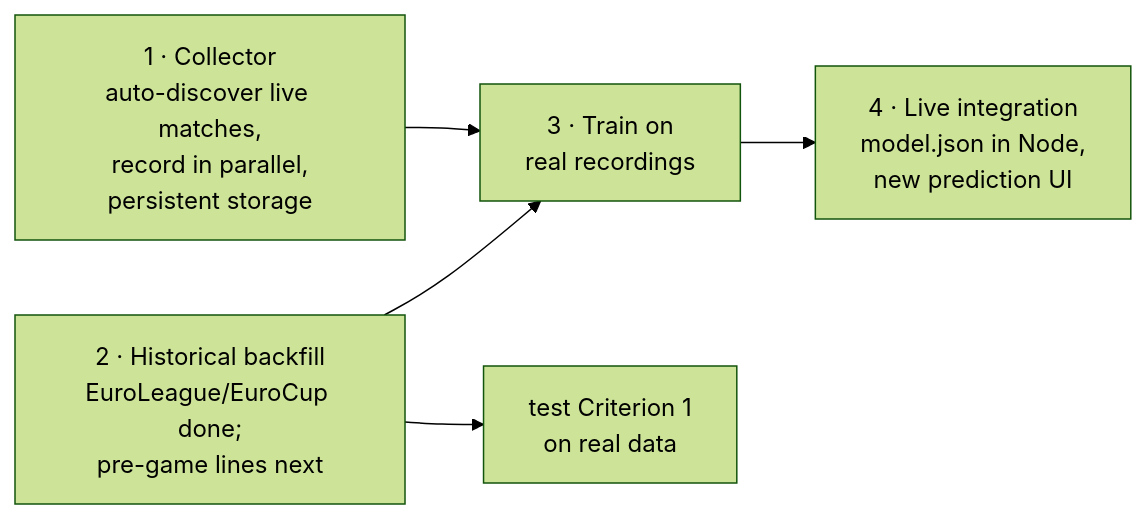
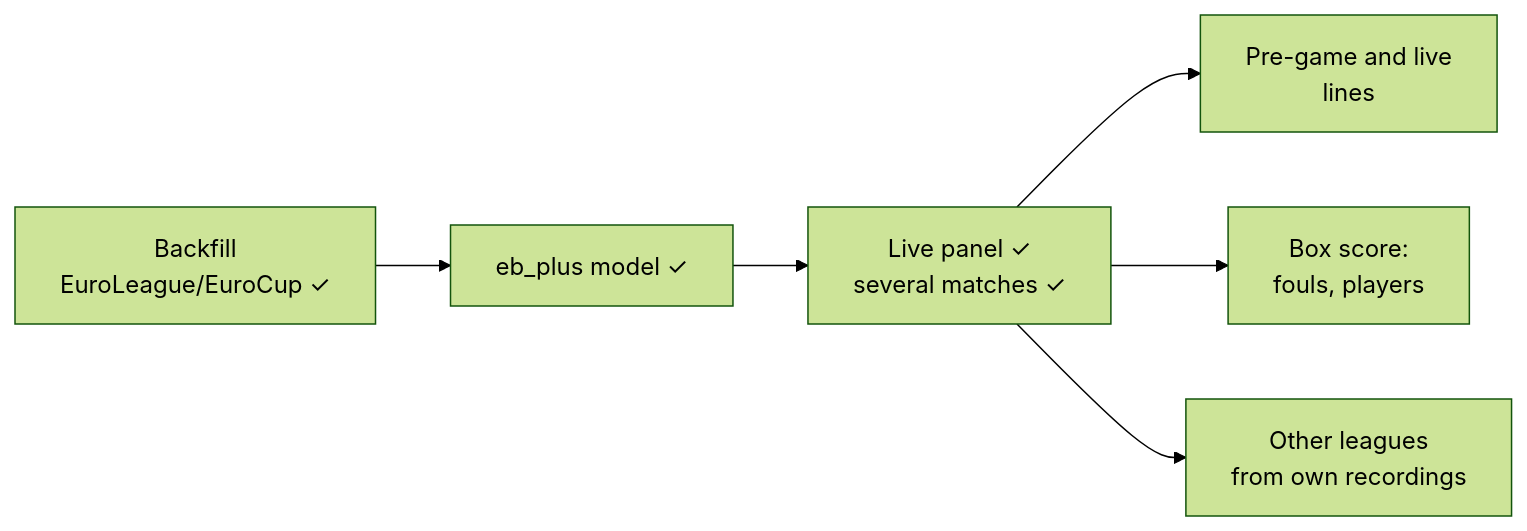
Before and after one commit to aral-by/basketscrape: the sixth of 6 diagrams in docs/ml-design.md, drawn with Mermaid (forest theme). The commit also changed other lines of this file and 3 other files, not shown here.

First line of the commit message:
docs: update README and docs for several matches, installer and shared browser

````diff
--- a/docs/ml-design.md
+++ b/docs/ml-design.md
@@ -404,7 +407,8 @@
 ```mermaid
 flowchart LR
-    A["1 · Collector<br/>auto-discover live matches,<br/>record in parallel,<br/>persistent storage"] --> C
-    B["2 · Historical backfill<br/>EuroLeague/EuroCup done;<br/>pre-game lines next"] --> C
-    B --> H["test Criterion 1<br/>on real data"]
-    C["3 · Train on<br/>real recordings"] --> D["4 · Live integration<br/>model.json in Node,<br/>new prediction UI"]
+    A["Backfill<br/>EuroLeague/EuroCup ✓"] --> B["eb_plus model ✓"]
+    B --> C["Live panel ✓<br/>several matches ✓"]
+    C --> D["Pre-game and live<br/>lines"]
+    C --> E["Box score:<br/>fouls, players"]
+    C --> F["Other leagues<br/>from own recordings"]
 ```
````
